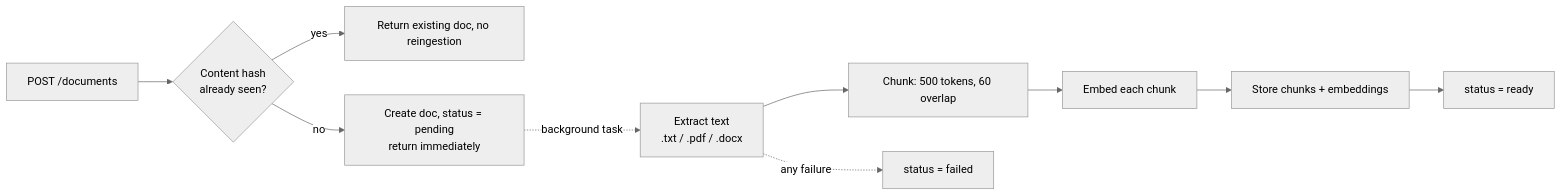
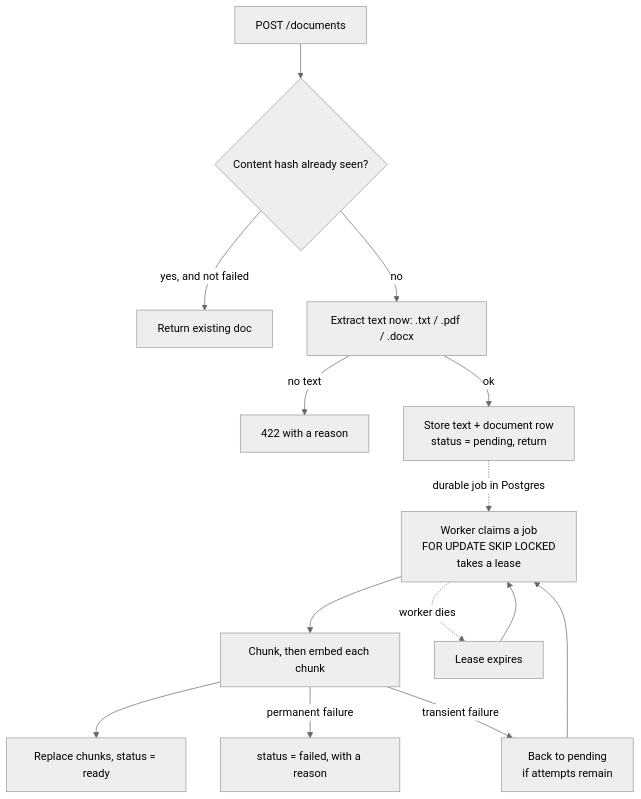
The third of 3 diagrams in README.md (dkrapansh/documind), drawn with Mermaid (neutral theme) before and after one commit. The commit also changed other lines of this file, not shown here.

Commit message:
docs: explain the durable ingestion job in the README

````diff
--- a/README.md
+++ b/README.md
@@ -154,12 +154,16 @@
 ```mermaid
-flowchart LR
-    Upload["POST /documents"] --> Hash{"Content hash\nalready seen?"}
-    Hash -- yes --> Existing["Return existing doc, no reingestion"]
-    Hash -- no --> Pending["Create doc, status = pending\nreturn immediately"]
-    Pending -.background task.-> Extract["Extract text\n.txt / .pdf / .docx"]
-    Extract --> Chunk["Chunk: 500 tokens, 60 overlap"]
-    Chunk --> Embed["Embed each chunk"]
-    Embed --> StoreDb["Store chunks + embeddings"]
-    StoreDb --> Ready["status = ready"]
-    Extract -.any failure.-> Failed["status = failed"]
+flowchart TB
+    Upload["POST /documents"] --> Hash{"Content hash already seen?"}
+    Hash -- "yes, and not failed" --> Existing["Return existing doc"]
+    Hash -- no --> Extract["Extract text now: .txt / .pdf / .docx"]
+    Extract -- "no text" --> Reject["422 with a reason"]
+    Extract -- ok --> Enqueue["Store text + document row<br/>status = pending, return"]
+    Enqueue -. "durable job in Postgres" .-> Claim["Worker claims a job<br/>FOR UPDATE SKIP LOCKED<br/>takes a lease"]
+    Claim --> Embed["Chunk, then embed each chunk"]
+    Embed --> StoreDb["Replace chunks, status = ready"]
+    Claim -. "worker dies" .-> Stale["Lease expires"]
+    Stale --> Claim
+    Embed -- "permanent failure" --> Failed["status = failed, with a reason"]
+    Embed -- "transient failure" --> Retry["Back to pending<br/>if attempts remain"]
+    Retry --> Claim
 ```
````
